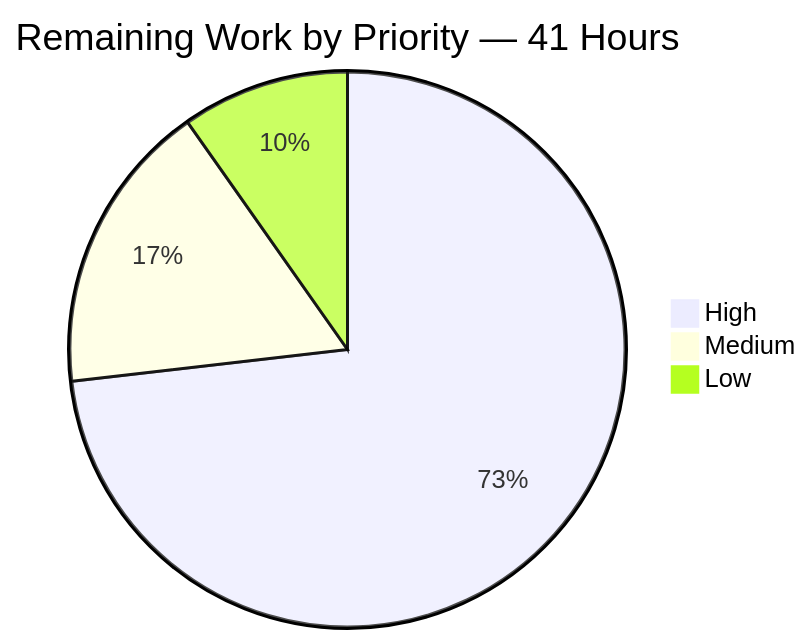
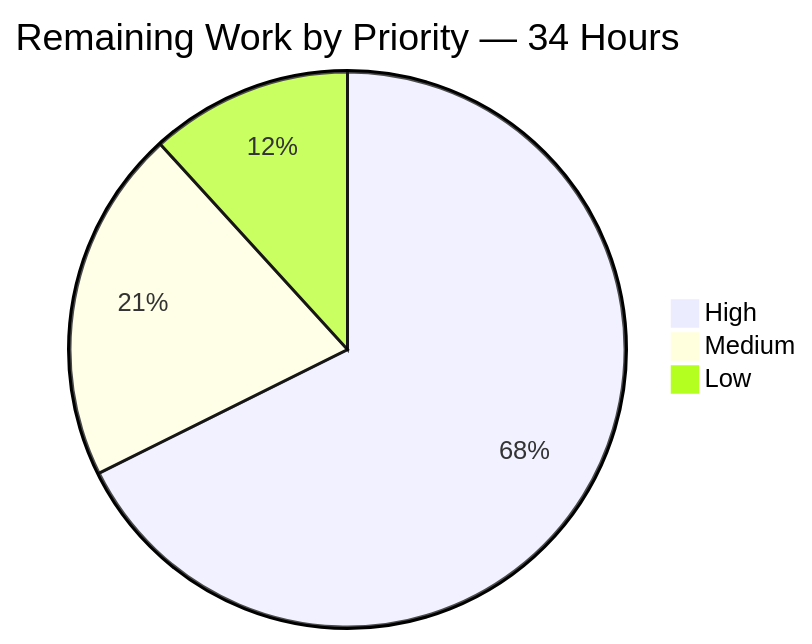
Before and after one commit to Tzadiko/monero: the fourth of 4 diagrams in blitzy/documentation/Project Guide.md, drawn with Mermaid. The commit also changed other lines of this file, not shown here.

````diff
--- a/blitzy/documentation/Project Guide.md
+++ b/blitzy/documentation/Project Guide.md
@@ -1715,6 +1724,6 @@
 ```mermaid
-pie title Remaining Work by Priority — 41 Hours
-    "High" : 30
+pie title Remaining Work by Priority — 34 Hours
+    "High" : 23
     "Medium" : 7
     "Low" : 4
 ```
````
